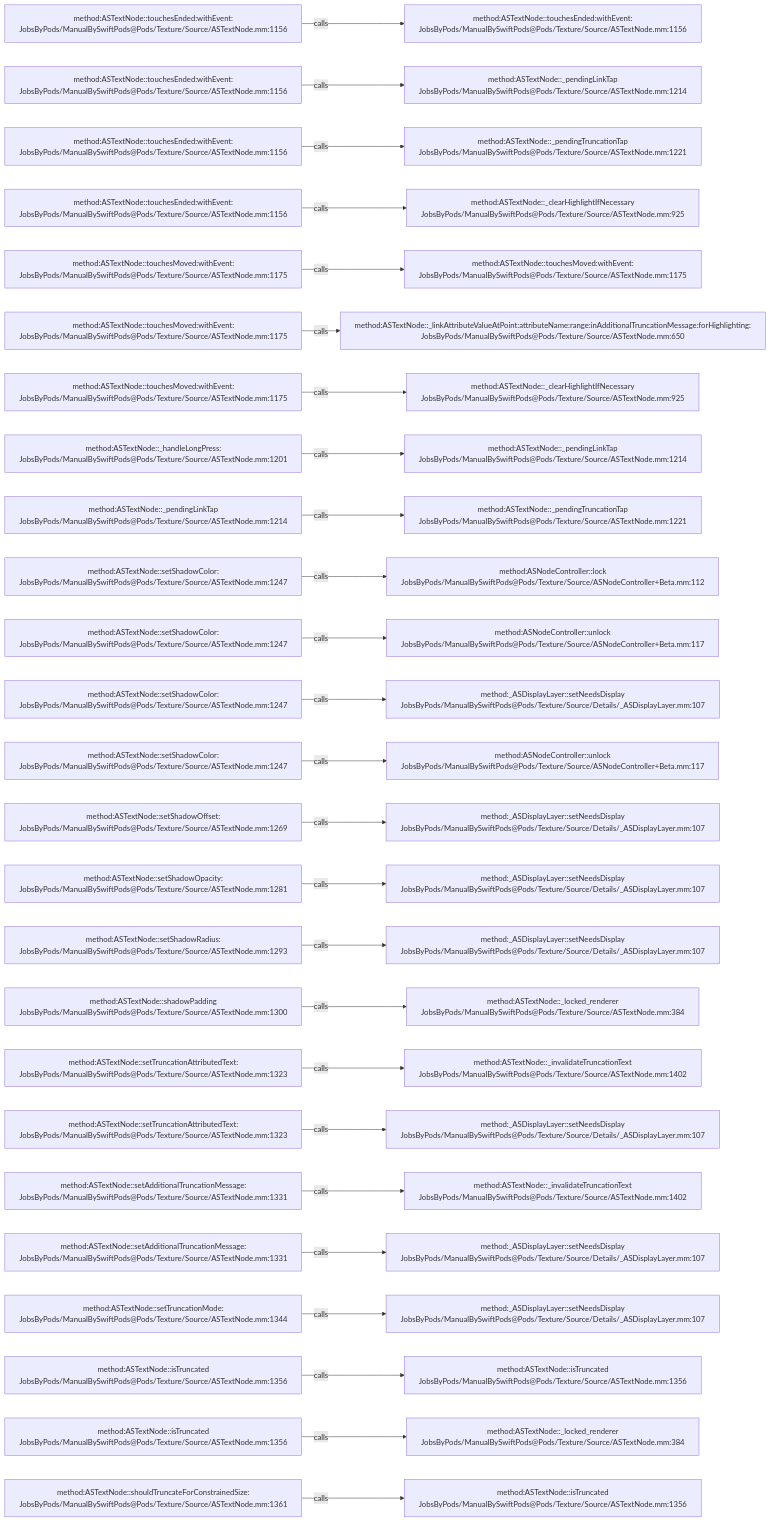
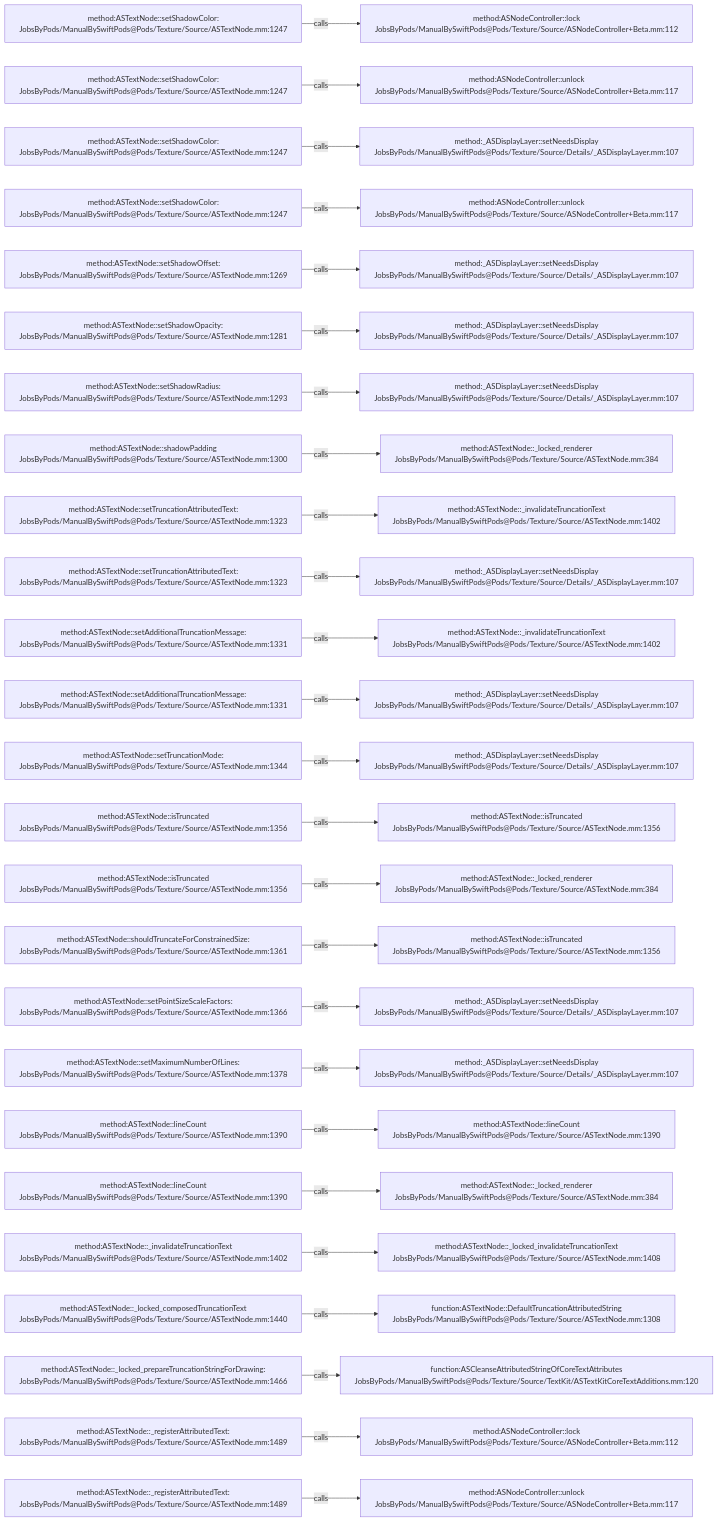
Before and after one commit to JobsKits/JobsSwiftBaseConfigDemo: the diagram in .codegraph/codegraph.md/graphs/calls-069.md, drawn with Mermaid. The commit also changed 707 other files, not shown here.

````diff
--- a/.codegraph/codegraph.md/graphs/calls-069.md
+++ b/.codegraph/codegraph.md/graphs/calls-069.md
@@ -13,78 +13,78 @@
 ```mermaid
 flowchart LR
-  S1["method:ASTextNode::touchesEnded:withEvent:<br/>JobsByPods/ManualBySwiftPods@Pods/Texture/Source/ASTextNode.mm:1156"]
-  T1["method:ASTextNode::touchesEnded:withEvent:<br/>JobsByPods/ManualBySwiftPods@Pods/Texture/Source/ASTextNode.mm:1156"]
+  S1["method:ASTextNode::setShadowColor:<br/>JobsByPods/ManualBySwiftPods@Pods/Texture/Source/ASTextNode.mm:1247"]
+  T1["method:ASNodeController::lock<br/>JobsByPods/ManualBySwiftPods@Pods/Texture/Source/ASNodeController+Beta.mm:112"]
   S1 -->|calls| T1
-  S2["method:ASTextNode::touchesEnded:withEvent:<br/>JobsByPods/ManualBySwiftPods@Pods/Texture/Source/ASTextNode.mm:1156"]
-  T2["method:ASTextNode::_pendingLinkTap<br/>JobsByPods/ManualBySwiftPods@Pods/Texture/Source/ASTextNode.mm:1214"]
+  S2["method:ASTextNode::setShadowColor:<br/>JobsByPods/ManualBySwiftPods@Pods/Texture/Source/ASTextNode.mm:1247"]
+  T2["method:ASNodeController::unlock<br/>JobsByPods/ManualBySwiftPods@Pods/Texture/Source/ASNodeController+Beta.mm:117"]
   S2 -->|calls| T2
-  S3["method:ASTextNode::touchesEnded:withEvent:<br/>JobsByPods/ManualBySwiftPods@Pods/Texture/Source/ASTextNode.mm:1156"]
-  T3["method:ASTextNode::_pendingTruncationTap<br/>JobsByPods/ManualBySwiftPods@Pods/Texture/Source/ASTextNode.mm:1221"]
+  S3["method:ASTextNode::setShadowColor:<br/>JobsByPods/ManualBySwiftPods@Pods/Texture/Source/ASTextNode.mm:1247"]
+  T3["method:_ASDisplayLayer::setNeedsDisplay<br/>JobsByPods/ManualBySwiftPods@Pods/Texture/Source/Details/_ASDisplayLayer.mm:107"]
   S3 -->|calls| T3
-  S4["method:ASTextNode::touchesEnded:withEvent:<br/>JobsByPods/ManualBySwiftPods@Pods/Texture/Source/ASTextNode.mm:1156"]
-  T4["method:ASTextNode::_clearHighlightIfNecessary<br/>JobsByPods/ManualBySwiftPods@Pods/Texture/Source/ASTextNode.mm:925"]
+  S4["method:ASTextNode::setShadowColor:<br/>JobsByPods/ManualBySwiftPods@Pods/Texture/Source/ASTextNode.mm:1247"]
+  T4["method:ASNodeController::unlock<br/>JobsByPods/ManualBySwiftPods@Pods/Texture/Source/ASNodeController+Beta.mm:117"]
   S4 -->|calls| T4
-  S5["method:ASTextNode::touchesMoved:withEvent:<br/>JobsByPods/ManualBySwiftPods@Pods/Texture/Source/ASTextNode.mm:1175"]
-  T5["method:ASTextNode::touchesMoved:withEvent:<br/>JobsByPods/ManualBySwiftPods@Pods/Texture/Source/ASTextNode.mm:1175"]
+  S5["method:ASTextNode::setShadowOffset:<br/>JobsByPods/ManualBySwiftPods@Pods/Texture/Source/ASTextNode.mm:1269"]
+  T5["method:_ASDisplayLayer::setNeedsDisplay<br/>JobsByPods/ManualBySwiftPods@Pods/Texture/Source/Details/_ASDisplayLayer.mm:107"]
   S5 -->|calls| T5
-  S6["method:ASTextNode::touchesMoved:withEvent:<br/>JobsByPods/ManualBySwiftPods@Pods/Texture/Source/ASTextNode.mm:1175"]
-  T6["method:ASTextNode::_linkAttributeValueAtPoint:attributeName:range:inAdditionalTruncationMessage:forHighlighting:<br/>JobsByPods/ManualBySwiftPods@Pods/Texture/Source/ASTextNode.mm:650"]
+  S6["method:ASTextNode::setShadowOpacity:<br/>JobsByPods/ManualBySwiftPods@Pods/Texture/Source/ASTextNode.mm:1281"]
+  T6["method:_ASDisplayLayer::setNeedsDisplay<br/>JobsByPods/ManualBySwiftPods@Pods/Texture/Source/Details/_ASDisplayLayer.mm:107"]
   S6 -->|calls| T6
-  S7["method:ASTextNode::touchesMoved:withEvent:<br/>JobsByPods/ManualBySwiftPods@Pods/Texture/Source/ASTextNode.mm:1175"]
-  T7["method:ASTextNode::_clearHighlightIfNecessary<br/>JobsByPods/ManualBySwiftPods@Pods/Texture/Source/ASTextNode.mm:925"]
+  S7["method:ASTextNode::setShadowRadius:<br/>JobsByPods/ManualBySwiftPods@Pods/Texture/Source/ASTextNode.mm:1293"]
+  T7["method:_ASDisplayLayer::setNeedsDisplay<br/>JobsByPods/ManualBySwiftPods@Pods/Texture/Source/Details/_ASDisplayLayer.mm:107"]
   S7 -->|calls| T7
-  S8["method:ASTextNode::_handleLongPress:<br/>JobsByPods/ManualBySwiftPods@Pods/Texture/Source/ASTextNode.mm:1201"]
-  T8["method:ASTextNode::_pendingLinkTap<br/>JobsByPods/ManualBySwiftPods@Pods/Texture/Source/ASTextNode.mm:1214"]
+  S8["method:ASTextNode::shadowPadding<br/>JobsByPods/ManualBySwiftPods@Pods/Texture/Source/ASTextNode.mm:1300"]
+  T8["method:ASTextNode::_locked_renderer<br/>JobsByPods/ManualBySwiftPods@Pods/Texture/Source/ASTextNode.mm:384"]
   S8 -->|calls| T8
-  S9["method:ASTextNode::_pendingLinkTap<br/>JobsByPods/ManualBySwiftPods@Pods/Texture/Source/ASTextNode.mm:1214"]
-  T9["method:ASTextNode::_pendingTruncationTap<br/>JobsByPods/ManualBySwiftPods@Pods/Texture/Source/ASTextNode.mm:1221"]
+  S9["method:ASTextNode::setTruncationAttributedText:<br/>JobsByPods/ManualBySwiftPods@Pods/Texture/Source/ASTextNode.mm:1323"]
+  T9["method:ASTextNode::_invalidateTruncationText<br/>JobsByPods/ManualBySwiftPods@Pods/Texture/Source/ASTextNode.mm:1402"]
   S9 -->|calls| T9
-  S10["method:ASTextNode::setShadowColor:<br/>JobsByPods/ManualBySwiftPods@Pods/Texture/Source/ASTextNode.mm:1247"]
-  T10["method:ASNodeController::lock<br/>JobsByPods/ManualBySwiftPods@Pods/Texture/Source/ASNodeController+Beta.mm:112"]
+  S10["method:ASTextNode::setTruncationAttributedText:<br/>JobsByPods/ManualBySwiftPods@Pods/Texture/Source/ASTextNode.mm:1323"]
+  T10["method:_ASDisplayLayer::setNeedsDisplay<br/>JobsByPods/ManualBySwiftPods@Pods/Texture/Source/Details/_ASDisplayLayer.mm:107"]
   S10 -->|calls| T10
-  S11["method:ASTextNode::setShadowColor:<br/>JobsByPods/ManualBySwiftPods@Pods/Texture/Source/ASTextNode.mm:1247"]
-  T11["method:ASNodeController::unlock<br/>JobsByPods/ManualBySwiftPods@Pods/Texture/Source/ASNodeController+Beta.mm:117"]
+  S11["method:ASTextNode::setAdditionalTruncationMessage:<br/>JobsByPods/ManualBySwiftPods@Pods/Texture/Source/ASTextNode.mm:1331"]
+  T11["method:ASTextNode::_invalidateTruncationText<br/>JobsByPods/ManualBySwiftPods@Pods/Texture/Source/ASTextNode.mm:1402"]
   S11 -->|calls| T11
-  S12["method:ASTextNode::setShadowColor:<br/>JobsByPods/ManualBySwiftPods@Pods/Texture/Source/ASTextNode.mm:1247"]
+  S12["method:ASTextNode::setAdditionalTruncationMessage:<br/>JobsByPods/ManualBySwiftPods@Pods/Texture/Source/ASTextNode.mm:1331"]
   T12["method:_ASDisplayLayer::setNeedsDisplay<br/>JobsByPods/ManualBySwiftPods@Pods/Texture/Source/Details/_ASDisplayLayer.mm:107"]
   S12 -->|calls| T12
-  S13["method:ASTextNode::setShadowColor:<br/>JobsByPods/ManualBySwiftPods@Pods/Texture/Source/ASTextNode.mm:1247"]
-  T13["method:ASNodeController::unlock<br/>JobsByPods/ManualBySwiftPods@Pods/Texture/Source/ASNodeController+Beta.mm:117"]
+  S13["method:ASTextNode::setTruncationMode:<br/>JobsByPods/ManualBySwiftPods@Pods/Texture/Source/ASTextNode.mm:1344"]
+  T13["method:_ASDisplayLayer::setNeedsDisplay<br/>JobsByPods/ManualBySwiftPods@Pods/Texture/Source/Details/_ASDisplayLayer.mm:107"]
   S13 -->|calls| T13
-  S14["method:ASTextNode::setShadowOffset:<br/>JobsByPods/ManualBySwiftPods@Pods/Texture/Source/ASTextNode.mm:1269"]
-  T14["method:_ASDisplayLayer::setNeedsDisplay<br/>JobsByPods/ManualBySwiftPods@Pods/Texture/Source/Details/_ASDisplayLayer.mm:107"]
+  S14["method:ASTextNode::isTruncated<br/>JobsByPods/ManualBySwiftPods@Pods/Texture/Source/ASTextNode.mm:1356"]
+  T14["method:ASTextNode::isTruncated<br/>JobsByPods/ManualBySwiftPods@Pods/Texture/Source/ASTextNode.mm:1356"]
   S14 -->|calls| T14
-  S15["method:ASTextNode::setShadowOpacity:<br/>JobsByPods/ManualBySwiftPods@Pods/Texture/Source/ASTextNode.mm:1281"]
-  T15["method:_ASDisplayLayer::setNeedsDisplay<br/>JobsByPods/ManualBySwiftPods@Pods/Texture/Source/Details/_ASDisplayLayer.mm:107"]
+  S15["method:ASTextNode::isTruncated<br/>JobsByPods/ManualBySwiftPods@Pods/Texture/Source/ASTextNode.mm:1356"]
+  T15["method:ASTextNode::_locked_renderer<br/>JobsByPods/ManualBySwiftPods@Pods/Texture/Source/ASTextNode.mm:384"]
   S15 -->|calls| T15
-  S16["method:ASTextNode::setShadowRadius:<br/>JobsByPods/ManualBySwiftPods@Pods/Texture/Source/ASTextNode.mm:1293"]
-  T16["method:_ASDisplayLayer::setNeedsDisplay<br/>JobsByPods/ManualBySwiftPods@Pods/Texture/Source/Details/_ASDisplayLayer.mm:107"]
+  S16["method:ASTextNode::shouldTruncateForConstrainedSize:<br/>JobsByPods/ManualBySwiftPods@Pods/Texture/Source/ASTextNode.mm:1361"]
+  T16["method:ASTextNode::isTruncated<br/>JobsByPods/ManualBySwiftPods@Pods/Texture/Source/ASTextNode.mm:1356"]
   S16 -->|calls| T16
-  S17["method:ASTextNode::shadowPadding<br/>JobsByPods/ManualBySwiftPods@Pods/Texture/Source/ASTextNode.mm:1300"]
-  T17["method:ASTextNode::_locked_renderer<br/>JobsByPods/ManualBySwiftPods@Pods/Texture/Source/ASTextNode.mm:384"]
+  S17["method:ASTextNode::setPointSizeScaleFactors:<br/>JobsByPods/ManualBySwiftPods@Pods/Texture/Source/ASTextNode.mm:1366"]
+  T17["method:_ASDisplayLayer::setNeedsDisplay<br/>JobsByPods/ManualBySwiftPods@Pods/Texture/Source/Details/_ASDisplayLayer.mm:107"]
   S17 -->|calls| T17
-  S18["method:ASTextNode::setTruncationAttributedText:<br/>JobsByPods/ManualBySwiftPods@Pods/Texture/Source/ASTextNode.mm:1323"]
-  T18["method:ASTextNode::_invalidateTruncationText<br/>JobsByPods/ManualBySwiftPods@Pods/Texture/Source/ASTextNode.mm:1402"]
+  S18["method:ASTextNode::setMaximumNumberOfLines:<br/>JobsByPods/ManualBySwiftPods@Pods/Texture/Source/ASTextNode.mm:1378"]
+  T18["method:_ASDisplayLayer::setNeedsDisplay<br/>JobsByPods/ManualBySwiftPods@Pods/Texture/Source/Details/_ASDisplayLayer.mm:107"]
   S18 -->|calls| T18
-  S19["method:ASTextNode::setTruncationAttributedText:<br/>JobsByPods/ManualBySwiftPods@Pods/Texture/Source/ASTextNode.mm:1323"]
-  T19["method:_ASDisplayLayer::setNeedsDisplay<br/>JobsByPods/ManualBySwiftPods@Pods/Texture/Source/Details/_ASDisplayLayer.mm:107"]
+  S19["method:ASTextNode::lineCount<br/>JobsByPods/ManualBySwiftPods@Pods/Texture/Source/ASTextNode.mm:1390"]
+  T19["method:ASTextNode::lineCount<br/>JobsByPods/ManualBySwiftPods@Pods/Texture/Source/ASTextNode.mm:1390"]
   S19 -->|calls| T19
-  S20["method:ASTextNode::setAdditionalTruncationMessage:<br/>JobsByPods/ManualBySwiftPods@Pods/Texture/Source/ASTextNode.mm:1331"]
-  T20["method:ASTextNode::_invalidateTruncationText<br/>JobsByPods/ManualBySwiftPods@Pods/Texture/Source/ASTextNode.mm:1402"]
+  S20["method:ASTextNode::lineCount<br/>JobsByPods/ManualBySwiftPods@Pods/Texture/Source/ASTextNode.mm:1390"]
+  T20["method:ASTextNode::_locked_renderer<br/>JobsByPods/ManualBySwiftPods@Pods/Texture/Source/ASTextNode.mm:384"]
   S20 -->|calls| T20
-  S21["method:ASTextNode::setAdditionalTruncationMessage:<br/>JobsByPods/ManualBySwiftPods@Pods/Texture/Source/ASTextNode.mm:1331"]
-  T21["method:_ASDisplayLayer::setNeedsDisplay<br/>JobsByPods/ManualBySwiftPods@Pods/Texture/Source/Details/_ASDisplayLayer.mm:107"]
+  S21["method:ASTextNode::_invalidateTruncationText<br/>JobsByPods/ManualBySwiftPods@Pods/Texture/Source/ASTextNode.mm:1402"]
+  T21["method:ASTextNode::_locked_invalidateTruncationText<br/>JobsByPods/ManualBySwiftPods@Pods/Texture/Source/ASTextNode.mm:1408"]
   S21 -->|calls| T21
-  S22["method:ASTextNode::setTruncationMode:<br/>JobsByPods/ManualBySwiftPods@Pods/Texture/Source/ASTextNode.mm:1344"]
-  T22["method:_ASDisplayLayer::setNeedsDisplay<br/>JobsByPods/ManualBySwiftPods@Pods/Texture/Source/Details/_ASDisplayLayer.mm:107"]
+  S22["method:ASTextNode::_locked_composedTruncationText<br/>JobsByPods/ManualBySwiftPods@Pods/Texture/Source/ASTextNode.mm:1440"]
+  T22["function:ASTextNode::DefaultTruncationAttributedString<br/>JobsByPods/ManualBySwiftPods@Pods/Texture/Source/ASTextNode.mm:1308"]
   S22 -->|calls| T22
-  S23["method:ASTextNode::isTruncated<br/>JobsByPods/ManualBySwiftPods@Pods/Texture/Source/ASTextNode.mm:1356"]
-  T23["method:ASTextNode::isTruncated<br/>JobsByPods/ManualBySwiftPods@Pods/Texture/Source/ASTextNode.mm:1356"]
+  S23["method:ASTextNode::_locked_prepareTruncationStringForDrawing:<br/>JobsByPods/ManualBySwiftPods@Pods/Texture/Source/ASTextNode.mm:1466"]
+  T23["function:ASCleanseAttributedStringOfCoreTextAttributes<br/>JobsByPods/ManualBySwiftPods@Pods/Texture/Source/TextKit/ASTextKitCoreTextAdditions.mm:120"]
   S23 -->|calls| T23
-  S24["method:ASTextNode::isTruncated<br/>JobsByPods/ManualBySwiftPods@Pods/Texture/Source/ASTextNode.mm:1356"]
-  T24["method:ASTextNode::_locked_renderer<br/>JobsByPods/ManualBySwiftPods@Pods/Texture/Source/ASTextNode.mm:384"]
+  S24["method:ASTextNode::_registerAttributedText:<br/>JobsByPods/ManualBySwiftPods@Pods/Texture/Source/ASTextNode.mm:1489"]
+  T24["method:ASNodeController::lock<br/>JobsByPods/ManualBySwiftPods@Pods/Texture/Source/ASNodeController+Beta.mm:112"]
   S24 -->|calls| T24
-  S25["method:ASTextNode::shouldTruncateForConstrainedSize:<br/>JobsByPods/ManualBySwiftPods@Pods/Texture/Source/ASTextNode.mm:1361"]
-  T25["method:ASTextNode::isTruncated<br/>JobsByPods/ManualBySwiftPods@Pods/Texture/Source/ASTextNode.mm:1356"]
+  S25["method:ASTextNode::_registerAttributedText:<br/>JobsByPods/ManualBySwiftPods@Pods/Texture/Source/ASTextNode.mm:1489"]
+  T25["method:ASNodeController::unlock<br/>JobsByPods/ManualBySwiftPods@Pods/Texture/Source/ASNodeController+Beta.mm:117"]
   S25 -->|calls| T25
 ```
````
